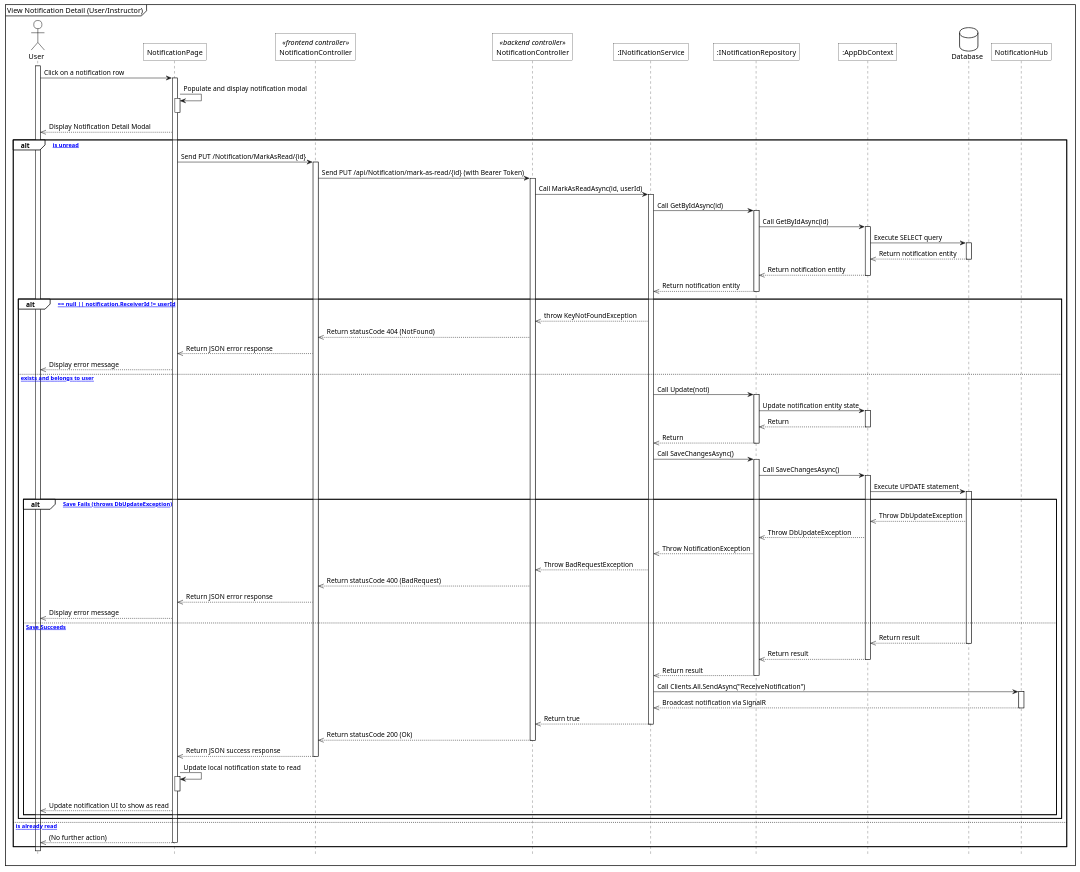
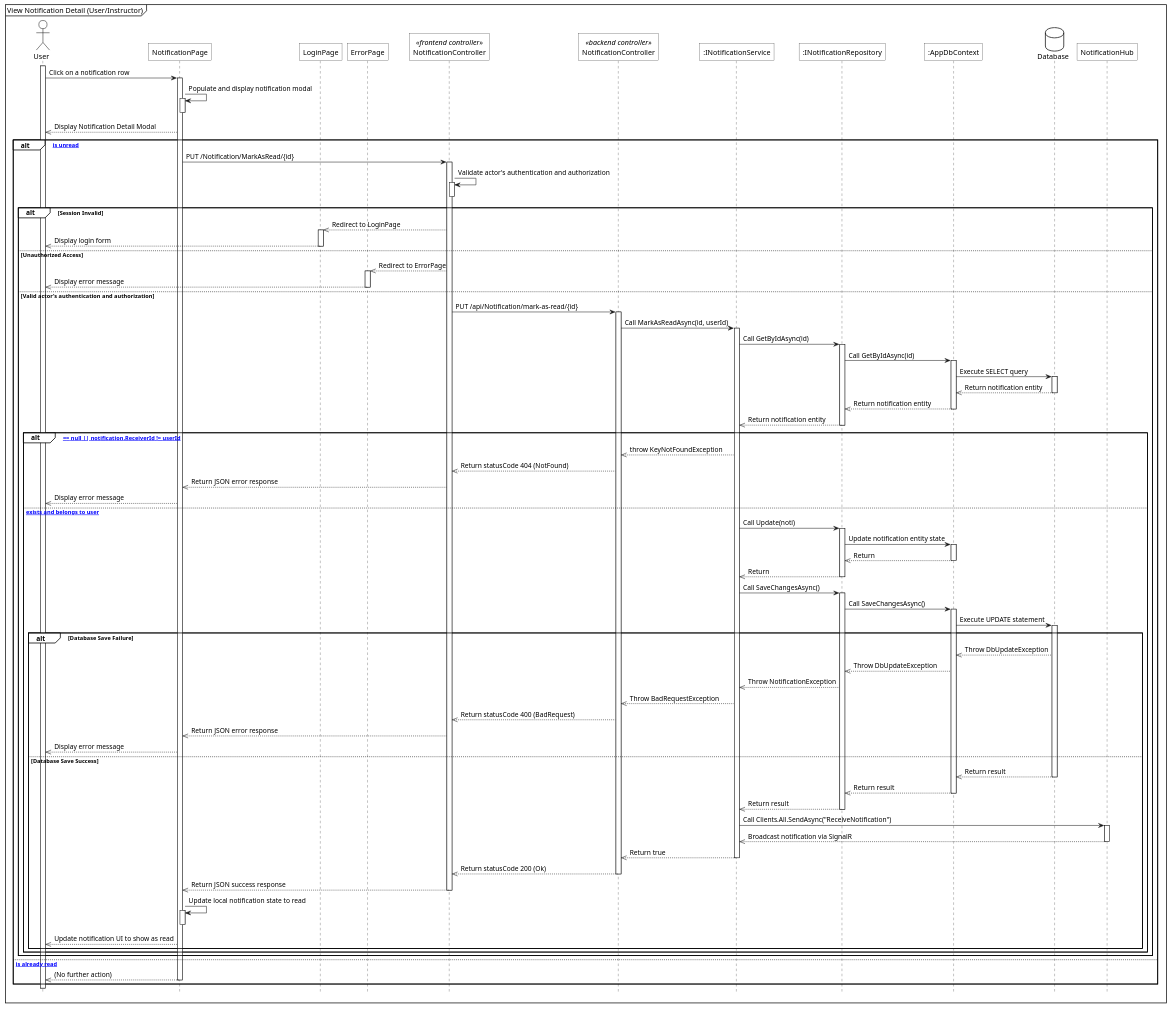
One commit to 1000do/Linked changed the diagram in diagrams/sequence/notification/sq_view_notification_detail.plantuml. Above: the diagram before and after it, drawn with PlantUML. The commit also changed 30 other files, not shown here.

Commit message:
feat: add sequence diagrams for chat, notification, and instructor application management modules

```diff
--- a/diagrams/sequence/notification/sq_view_notification_detail.plantuml
+++ b/diagrams/sequence/notification/sq_view_notification_detail.plantuml
@@ -1,103 +1,119 @@
 @startuml
 <style>
     sequenceDiagram{
         actor{
             BackgroundColor white
             LineThickness 1.0
         }
         participant{
             BackgroundColor white
             RoundCorner 0
         }
         database{
             BackgroundColor white
         }
         groupHeader{
             BackgroundColor white
         }
         referenceHeader{
             BackgroundColor white
         }
         reference{
             BackgroundColor white
         }
     }
 </style>
 
 hide footbox
 
 mainframe View Notification Detail (User/Instructor)
 
 actor User as act
 participant "NotificationPage" as view
+participant "LoginPage" as login_view
+participant "ErrorPage" as error_page
 participant "NotificationController" as fe_ctrl <<frontend controller>>
 participant "NotificationController" as be_ctrl <<backend controller>>
 participant ":INotificationService" as sv
 participant ":INotificationRepository" as repo
 participant ":AppDbContext" as ctx
 database Database as db
 participant "NotificationHub" as hub
 
 act++
 act->view++: Click on a notification row
 view->view++: Populate and display notification modal
 view--
 view-->>act: Display Notification Detail Modal
 
 alt [Notification is unread]
-    view->fe_ctrl++: Send PUT /Notification/MarkAsRead/{id}
-    fe_ctrl->be_ctrl++: Send PUT /api/Notification/mark-as-read/{id} (with Bearer Token)
+    view->fe_ctrl++: PUT /Notification/MarkAsRead/{id}
     
-    be_ctrl->sv++: Call MarkAsReadAsync(id, userId)
+    fe_ctrl -> fe_ctrl++: Validate actor's authentication and authorization
+    fe_ctrl--
+    
+    alt Session Invalid
+        fe_ctrl -->> login_view: Redirect to LoginPage
+        activate login_view
+        login_view -->> act--: Display login form
+    else Unauthorized Access
+        fe_ctrl -->> error_page: Redirect to ErrorPage
+        activate error_page
+        error_page -->> act--: Display error message
+    else Valid actor's authentication and authorization
+        fe_ctrl->be_ctrl++: PUT /api/Notification/mark-as-read/{id}
+        
+        be_ctrl->sv++: Call MarkAsReadAsync(id, userId)
     sv->repo++: Call GetByIdAsync(id)
     repo->ctx++: Call GetByIdAsync(id)
     ctx->db++: Execute SELECT query
     db-->>ctx--: Return notification entity
     ctx-->>repo--: Return notification entity
     repo-->>sv--: Return notification entity
     
     alt [notification == null || notification.ReceiverId != userId]
         sv-->>be_ctrl: throw KeyNotFoundException
         be_ctrl-->>fe_ctrl: Return statusCode 404 (NotFound)
         fe_ctrl-->>view: Return JSON error response
         view-->>act: Display error message
     else [notification exists and belongs to user]
         sv->repo++: Call Update(noti)
         repo->ctx++: Update notification entity state
         ctx-->>repo--: Return
         repo-->>sv--: Return
         
         sv->repo++: Call SaveChangesAsync()
         repo->ctx++: Call SaveChangesAsync()
         ctx->db++: Execute UPDATE statement
         
-        alt [Database Save Fails (throws DbUpdateException)]
+        alt Database Save Failure
             db-->>ctx: Throw DbUpdateException
             ctx-->>repo: Throw DbUpdateException
             repo-->>sv: Throw NotificationException
             sv-->>be_ctrl: Throw BadRequestException
             be_ctrl-->>fe_ctrl: Return statusCode 400 (BadRequest)
             fe_ctrl-->>view: Return JSON error response
             view-->>act: Display error message
-        else [Database Save Succeeds]
+        else Database Save Success
             db-->>ctx--: Return result
             ctx-->>repo--: Return result
             repo-->>sv--: Return result
             
             sv->hub++: Call Clients.All.SendAsync("ReceiveNotification")
             hub-->>sv: Broadcast notification via SignalR
             hub--
             
             sv-->>be_ctrl--: Return true
             be_ctrl-->>fe_ctrl--: Return statusCode 200 (Ok)
             fe_ctrl-->>view--: Return JSON success response
             view->view++: Update local notification state to read
             view--
             view-->>act: Update notification UI to show as read
         end
     end
+end
 else [Notification is already read]
     view-->>act--: (No further action)
 end
 
 @enduml
```
